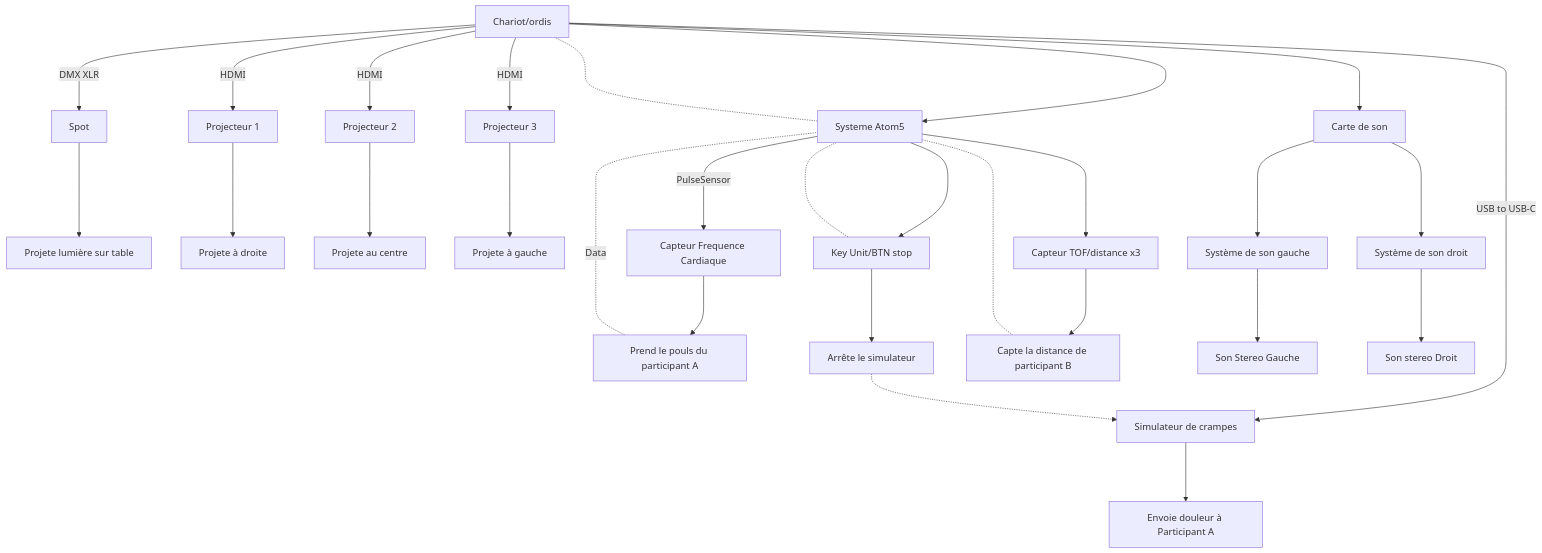
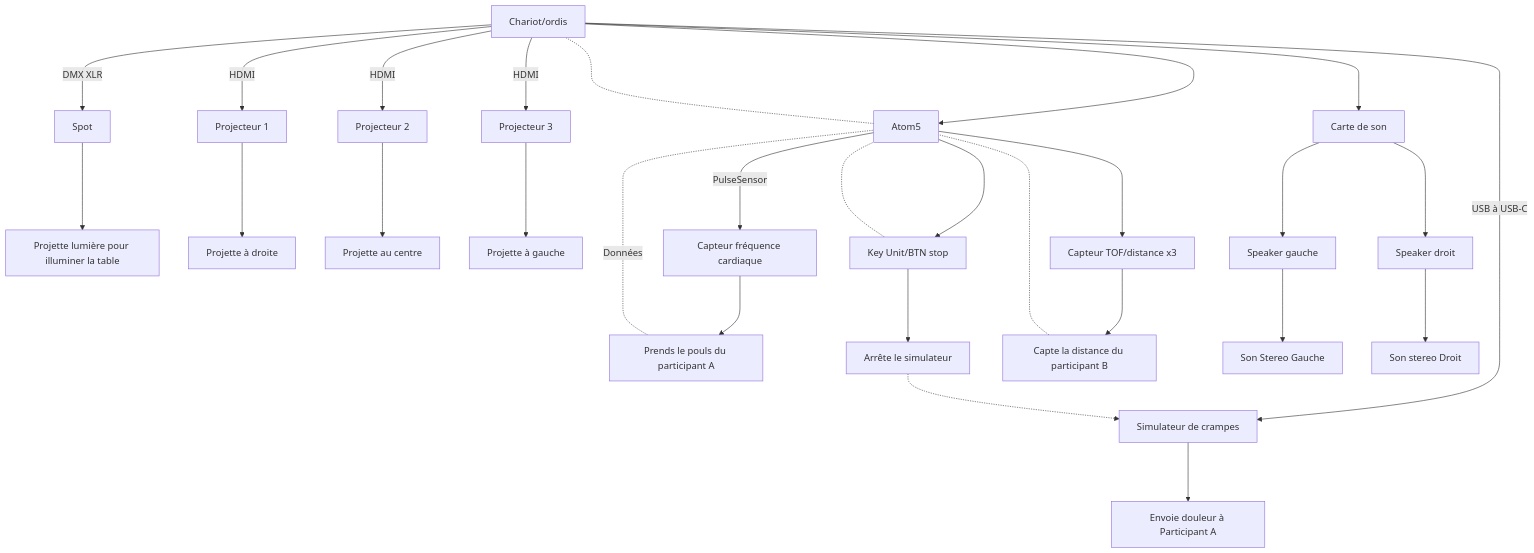
Before and after one commit to KenzaElHarrif/scenarisation_kenza: the second of 3 diagrams in README.md, drawn with Mermaid. The commit also changed other lines of this file, not shown here.

````diff
--- a/README.md
+++ b/README.md
@@ -166,41 +166,41 @@
 ```mermaid
 graph TD;
     
     A[Chariot/ordis]--->|DMX XLR|B[Spot];
-    B--->C[Projete lumière sur table];
-    A---> D[Systeme Atom5];
+    B--->C[Projette lumière pour illuminer la table];
+    A---> D[Atom5];
     D -.- A;
 
     A--->|HDMI|E[Projecteur 1];
-    E--->F[Projete à droite];
+    E--->F[Projette à droite];
 
     A--->|HDMI|G[Projecteur 2];
-    G--->H[Projete au centre];
+    G--->H[Projette au centre];
 
     A--->|HDMI|I[Projecteur 3];
-    I--->J[Projete à gauche];
+    I--->J[Projette à gauche];
 
-    D--->|PulseSensor|K[Capteur Frequence Cardiaque];
-    K--->L[Prend le pouls du participant A];
-    L-.-|Data|D;
+    D--->|PulseSensor|K[Capteur fréquence cardiaque];
+    K--->L[Prends le pouls du participant A];
+    L-.-|Données|D;
 
-    A--->|USB to USB-C|M[Simulateur de crampes];
+    A--->|USB à USB-C|M[Simulateur de crampes];
     M--->N[Envoie douleur à Participant A]
   
     D--->O[Key Unit/BTN stop];
     O--->P[Arrête le simulateur]
     P-.->M;
     O-.-D;
 
     D--->Q[Capteur TOF/distance x3];
-    Q--->R[Capte la distance de participant B];
+    Q--->R[Capte la distance du participant B];
     R-.-D;
     
     A--->S[Carte de son];
-    S--->T[Système de son gauche];
+    S--->T[Speaker gauche];
     T--->U[Son Stereo Gauche]
 
-    S--->V[Système de son droit];
+    S--->V[Speaker droit];
     V--->W[Son stereo Droit];
 
 ```
````
